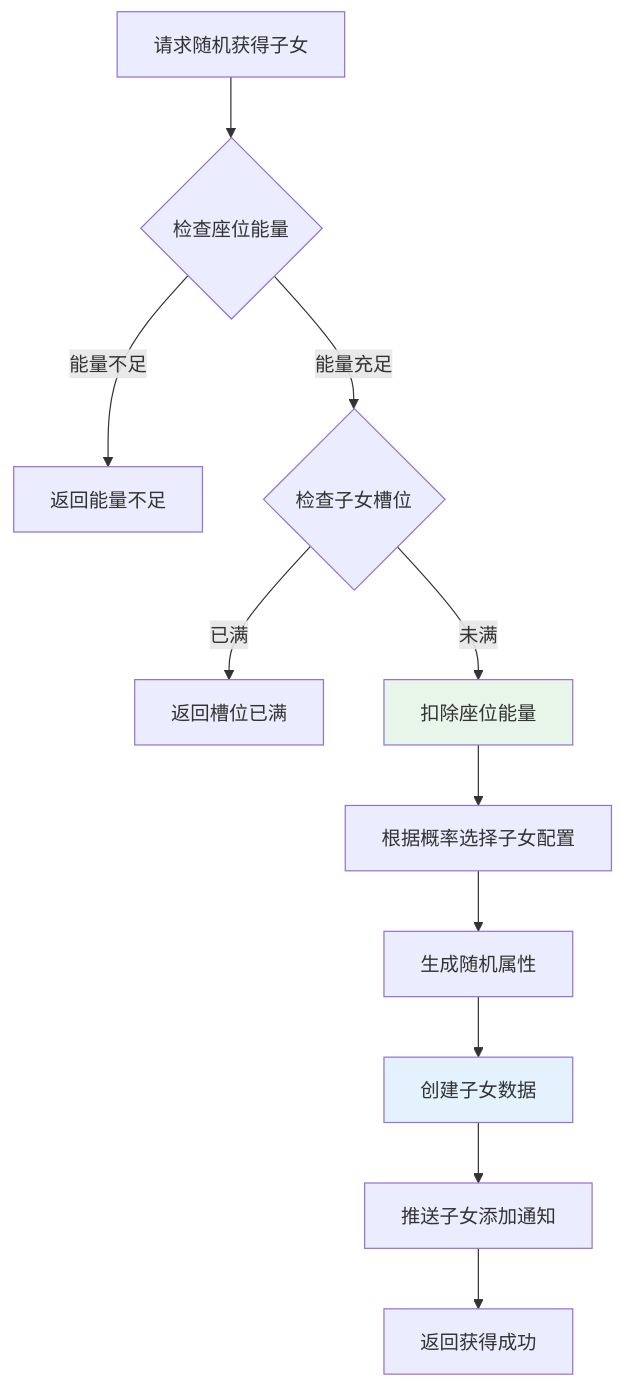
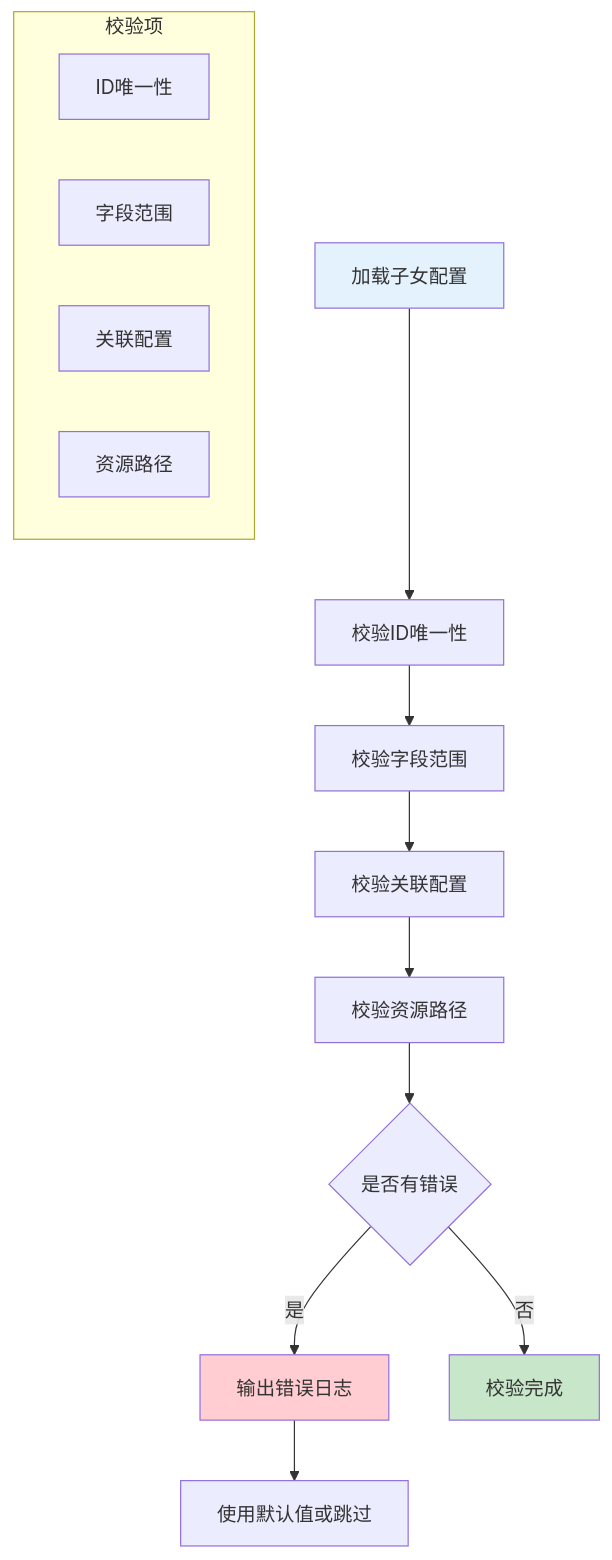
Diagram 15 of 15 in docs/Module_Child/01_数据配表.md (Alan-Ben/k2c_game_framework), drawn with Mermaid before and after one commit. The commit also changed other lines of this file and 7 other files, not shown here.

````diff
--- a/docs/Module_Child/01_数据配表.md
+++ b/docs/Module_Child/01_数据配表.md
@@ -888,16 +1580,22 @@
 ```mermaid
 flowchart TD
-    A[请求随机获得子女] --> B{检查座位能量}
-    B -->|能量不足| C[返回能量不足]
-    B -->|能量充足| D{检查子女槽位}
-    D -->|已满| E[返回槽位已满]
-    D -->|未满| F[扣除座位能量]
-    F --> G[根据概率选择子女配置]
-    G --> H[生成随机属性]
-    H --> I[创建子女数据]
-    I --> J[推送子女添加通知]
-    J --> K[返回获得成功]
+    A[加载子女配置] --> B[校验ID唯一性]
+    B --> C[校验字段范围]
+    C --> D[校验关联配置]
+    D --> E[校验资源路径]
+    E --> F{是否有错误}
+    F -->|是| G[输出错误日志]
+    F -->|否| H[校验完成]
+    G --> I[使用默认值或跳过]
 
-    style F fill:#e8f5e9
-    style I fill:#e3f2fd
+    subgraph 校验项
+        J[ID唯一性]
+        K[字段范围]
+        L[关联配置]
+        M[资源路径]
+    end
+
+    style A fill:#e3f2fd
+    style H fill:#c8e6c9
+    style G fill:#ffcdd2
 ```
````
